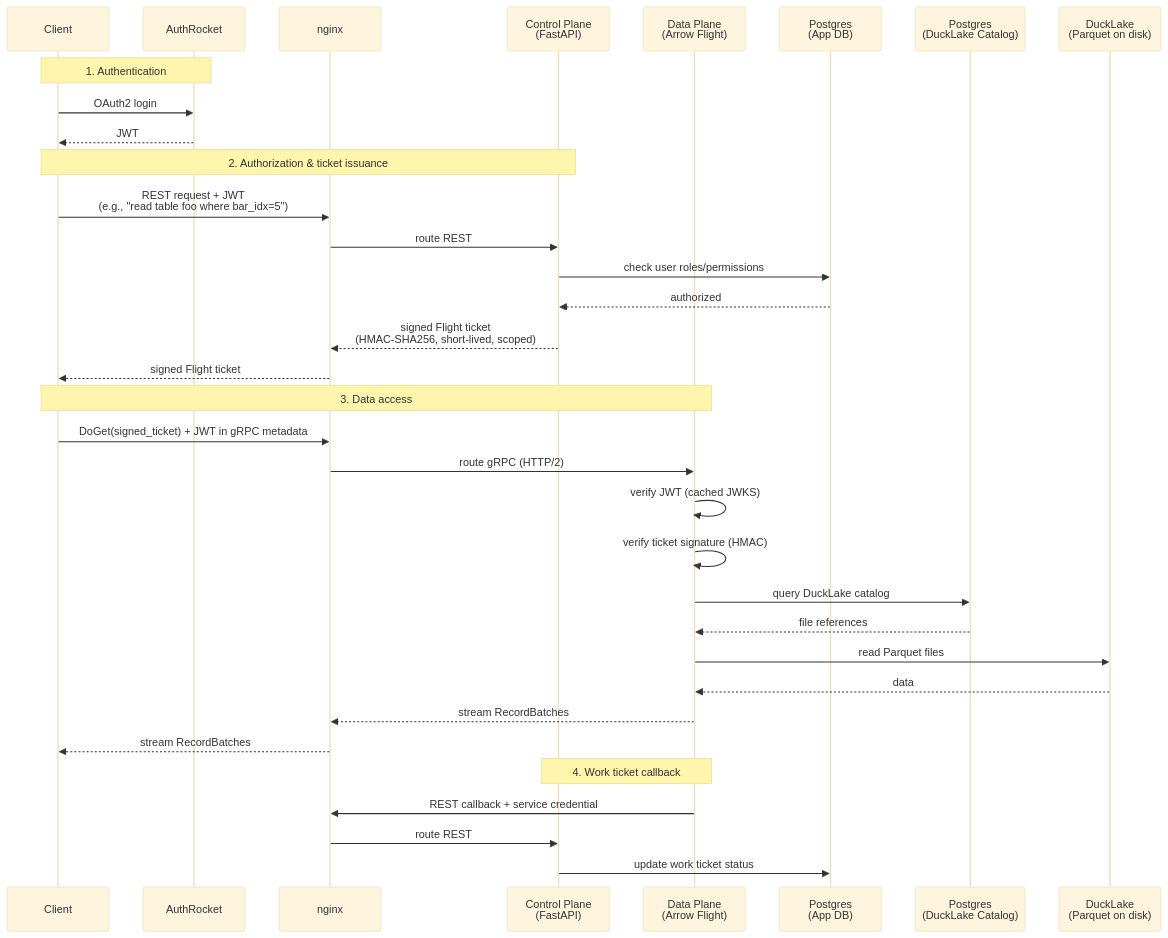
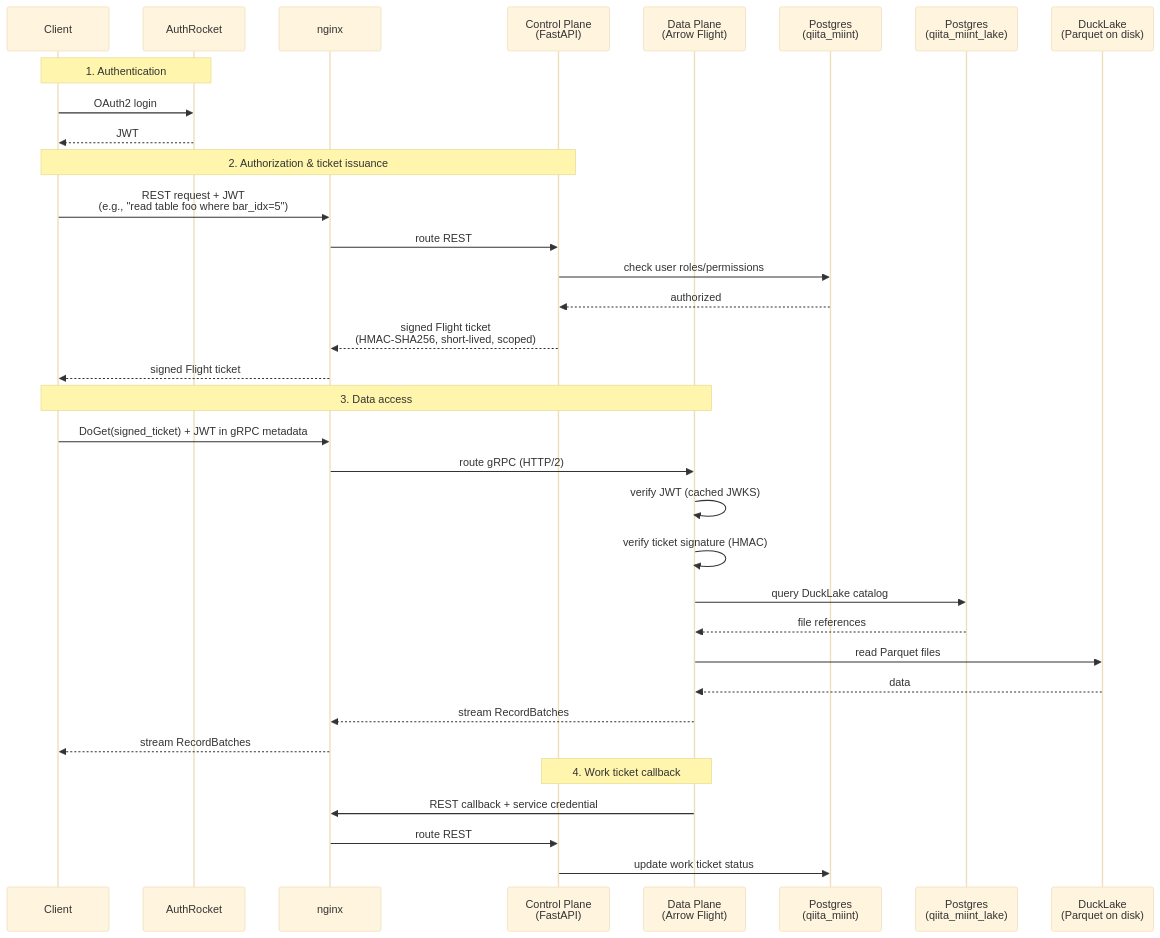
One commit to the-miint/Qiita changed the third of 5 diagrams in docs/architecture.md. Above: the diagram before and after it, drawn with Mermaid (base theme). The commit also changed other lines of this file and 4 other files, not shown here.

````diff
--- a/docs/architecture.md
+++ b/docs/architecture.md
@@ -401,40 +401,40 @@
 ```mermaid
 sequenceDiagram
     participant C as Client
     participant AR as AuthRocket
     participant NX as nginx
     participant CP as Control Plane<br/>(FastAPI)
     participant DP as Data Plane<br/>(Arrow Flight)
-    participant PG_APP as Postgres<br/>(App DB)
-    participant PG_DL as Postgres<br/>(DuckLake Catalog)
+    participant PG_APP as Postgres<br/>(qiita_miint)
+    participant PG_DL as Postgres<br/>(qiita_miint_lake)
     participant DL as DuckLake<br/>(Parquet on disk)
 
     Note over C,AR: 1. Authentication
     C->>AR: OAuth2 login
     AR-->>C: JWT
 
     Note over C,CP: 2. Authorization & ticket issuance
     C->>NX: REST request + JWT<br/>(e.g., "read table foo where bar_idx=5")
     NX->>CP: route REST
     CP->>PG_APP: check user roles/permissions
     PG_APP-->>CP: authorized
     CP-->>NX: signed Flight ticket<br/>(HMAC-SHA256, short-lived, scoped)
     NX-->>C: signed Flight ticket
 
     Note over C,DP: 3. Data access
     C->>NX: DoGet(signed_ticket) + JWT in gRPC metadata
     NX->>DP: route gRPC (HTTP/2)
     DP->>DP: verify JWT (cached JWKS)
     DP->>DP: verify ticket signature (HMAC)
     DP->>PG_DL: query DuckLake catalog
     PG_DL-->>DP: file references
     DP->>DL: read Parquet files
     DL-->>DP: data
     DP-->>NX: stream RecordBatches
     NX-->>C: stream RecordBatches
 
     Note over DP,CP: 4. Work ticket callback
     DP->>NX: REST callback + service credential
     NX->>CP: route REST
     CP->>PG_APP: update work ticket status
 ```
````
